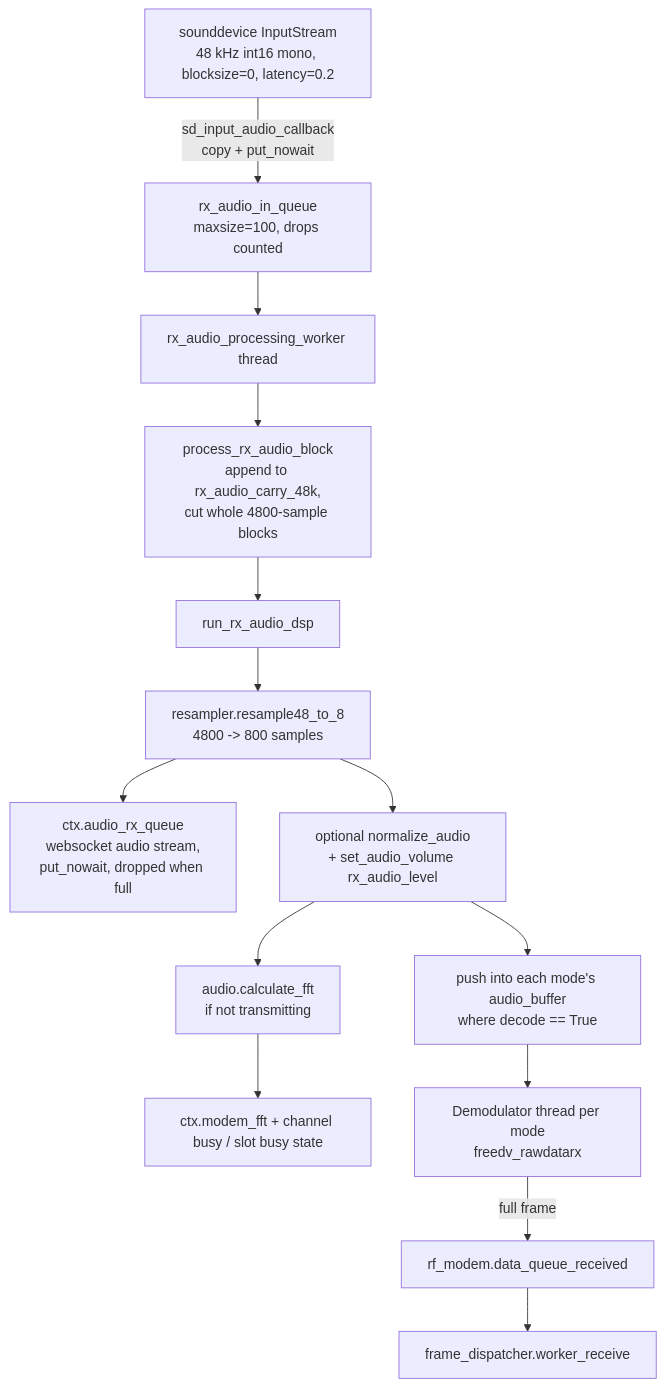
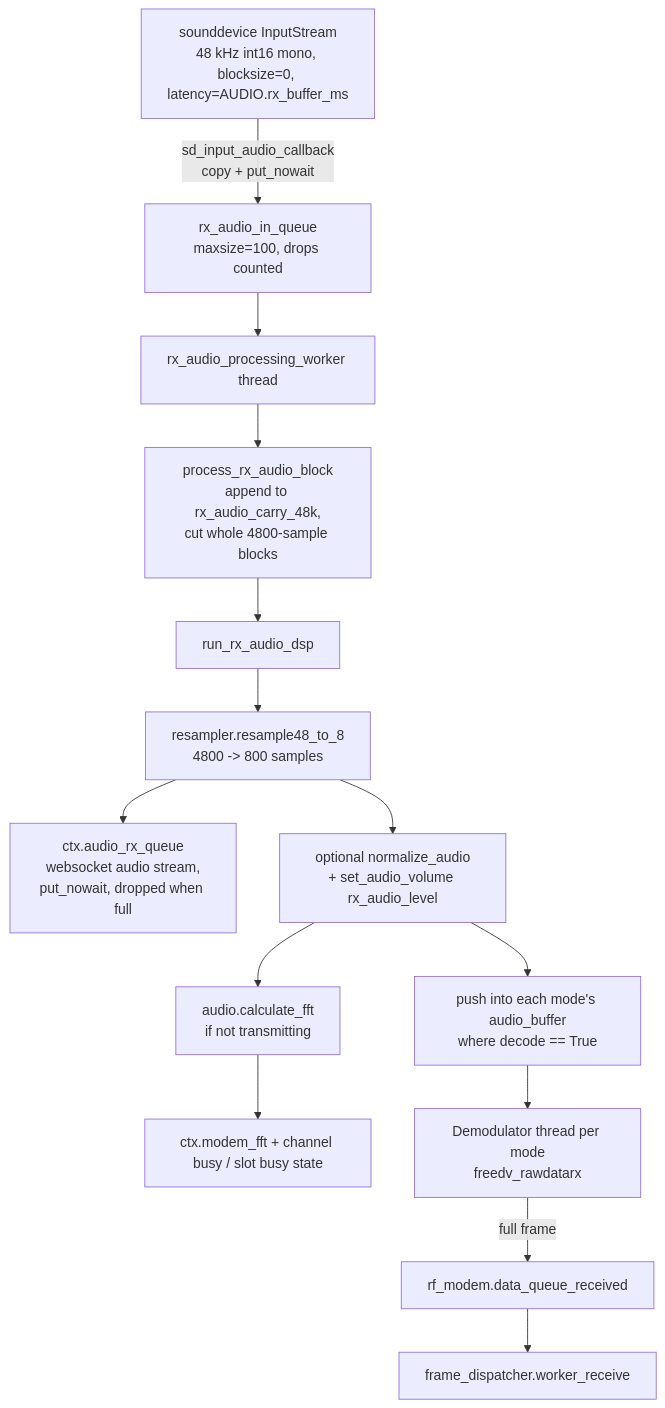
One commit to OH2JRB/FreeDATA changed the first of 2 diagrams in freedata_server/docs/modem-audio-radio.md. Above: the diagram before and after it, drawn with Mermaid. The commit also changed other lines of this file and 18 other files, not shown here.

First line of the commit message:
Make the RX audio buffer adjustable and show lost RX audio

````diff
--- a/freedata_server/docs/modem-audio-radio.md
+++ b/freedata_server/docs/modem-audio-radio.md
@@ -35,16 +35,16 @@
 ```mermaid
 flowchart TD
-    A[sounddevice InputStream<br/>48 kHz int16 mono, blocksize=0, latency=0.2] -->|sd_input_audio_callback<br/>copy + put_nowait| B[rx_audio_in_queue<br/>maxsize=100, drops counted]
+    A[sounddevice InputStream<br/>48 kHz int16 mono, blocksize=0, latency=AUDIO.rx_buffer_ms] -->|sd_input_audio_callback<br/>copy + put_nowait| B[rx_audio_in_queue<br/>maxsize=100, drops counted]
     B --> C[rx_audio_processing_worker thread]
     C --> D[process_rx_audio_block<br/>append to rx_audio_carry_48k,<br/>cut whole 4800-sample blocks]
     D --> E[run_rx_audio_dsp]
     E --> F[resampler.resample48_to_8<br/>4800 -> 800 samples]
     F --> G[ctx.audio_rx_queue<br/>websocket audio stream,<br/>put_nowait, dropped when full]
     F --> H[optional normalize_audio<br/>+ set_audio_volume rx_audio_level]
     H --> I[audio.calculate_fft<br/>if not transmitting]
     I --> J[ctx.modem_fft + channel busy / slot busy state]
     H --> K[push into each mode's audio_buffer<br/>where decode == True]
     K --> L[Demodulator thread per mode<br/>freedv_rawdatarx]
     L -->|full frame| M[rf_modem.data_queue_received]
     M --> N[frame_dispatcher.worker_receive]
 ```
````
